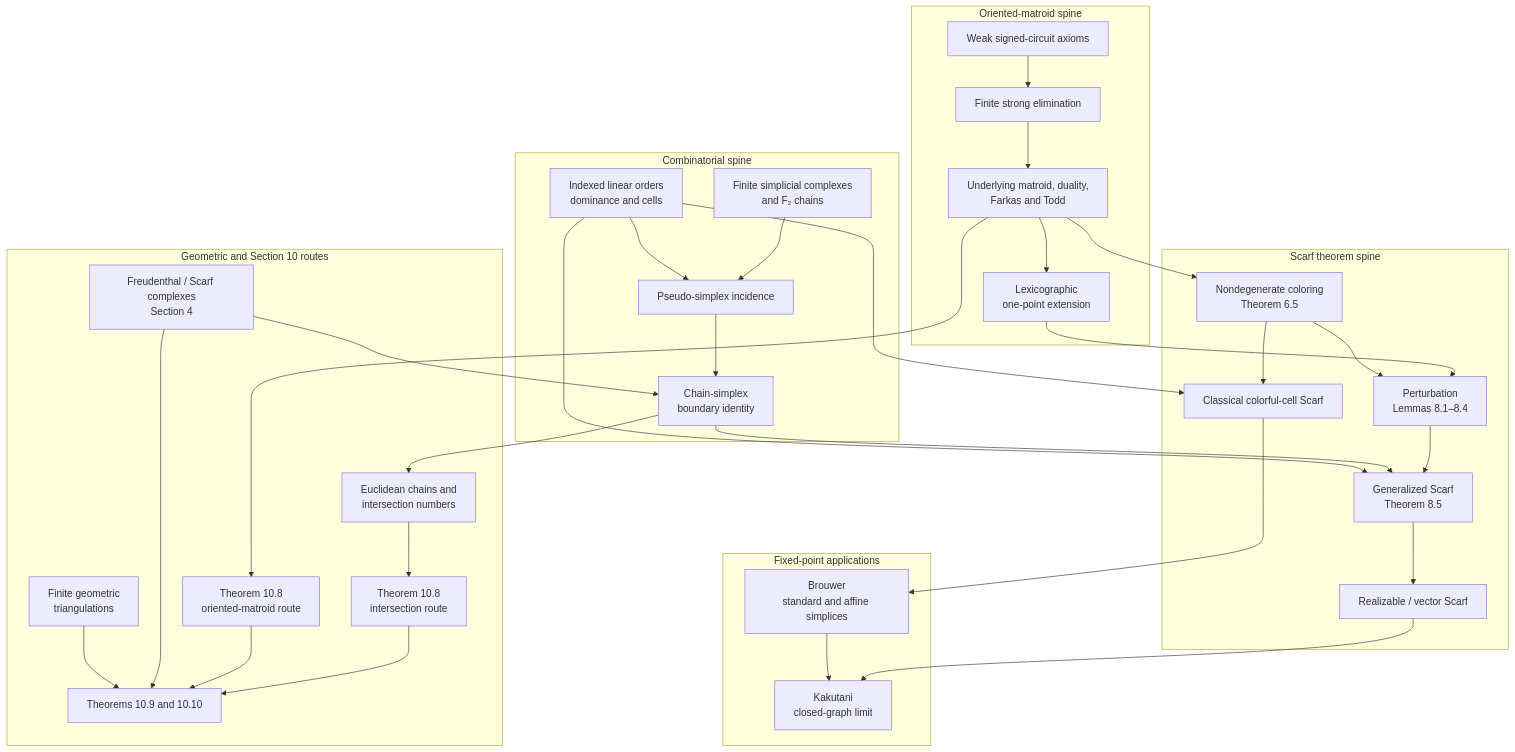
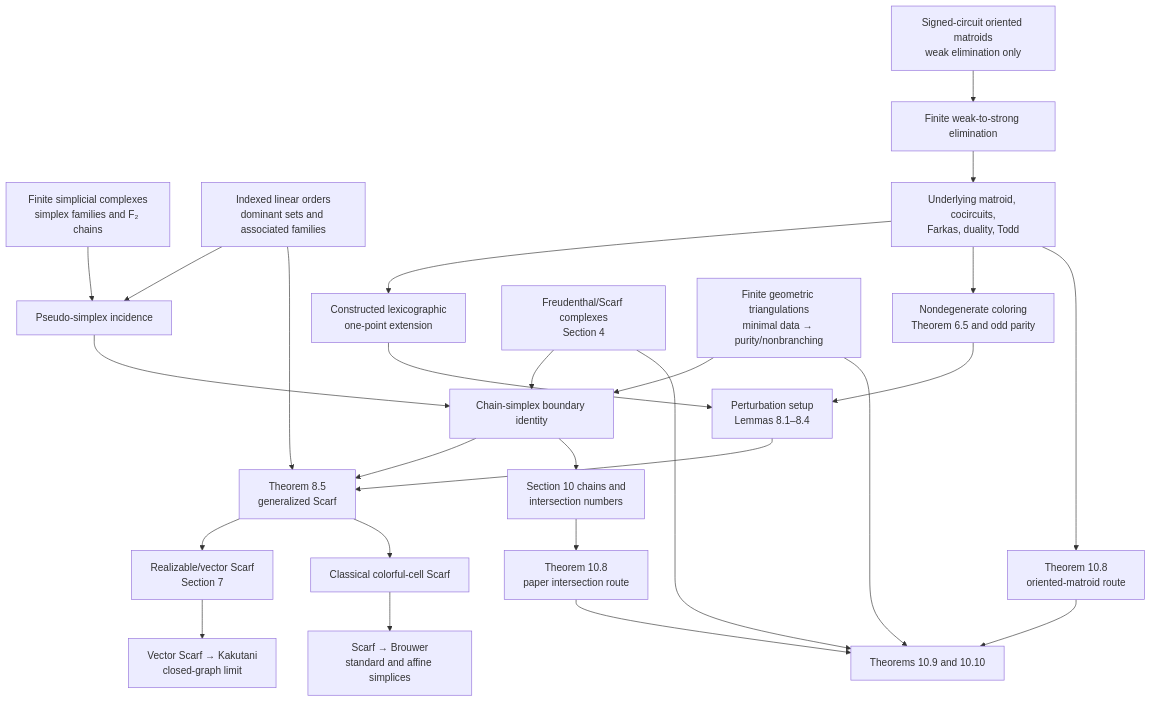
One commit to lyw-ops/General_Scarf changed the diagram in README.md. Above: the diagram before and after it, drawn with Mermaid.

Commit message:
Restyle formalization blueprint

````diff
--- a/README.md
+++ b/README.md
@@ -14,62 +14,48 @@
 ```mermaid
 flowchart TD
-    subgraph COMB["Combinatorial spine"]
-        SC["Finite simplicial complexes<br/>and F₂ chains"]
-        PS["Pseudo-simplex incidence"]
-        CS["Chain-simplex<br/>boundary identity"]
-        OR["Indexed linear orders<br/>dominance and cells"]
+    SC["Finite simplicial complexes<br/>simplex families and F₂ chains"]
+    PS["Pseudo-simplex incidence"]
+    CS["Chain-simplex boundary identity"]
+    OR["Indexed linear orders<br/>dominant sets and associated families"]
 
-        SC --> PS --> CS
-        OR --> PS
-    end
+    OM["Signed-circuit oriented matroids<br/>weak elimination only"]
+    WS["Finite weak-to-strong elimination"]
+    DU["Underlying matroid, cocircuits,<br/>Farkas, duality, Todd"]
+    LX["Constructed lexicographic<br/>one-point extension"]
 
-    subgraph OM["Oriented-matroid spine"]
-        WC["Weak signed-circuit axioms"]
-        SE["Finite strong elimination"]
-        DU["Underlying matroid, duality,<br/>Farkas and Todd"]
-        LX["Lexicographic<br/>one-point extension"]
+    ND["Nondegenerate coloring<br/>Theorem 6.5 and odd parity"]
+    PT["Perturbation setup<br/>Lemmas 8.1–8.4"]
+    GS["Theorem 8.5<br/>generalized Scarf"]
 
-        WC --> SE --> DU --> LX
-    end
+    VS["Realizable/vector Scarf<br/>Section 7"]
+    CL["Classical colorful-cell Scarf"]
+    BR["Scarf → Brouwer<br/>standard and affine simplices"]
+    KA["Vector Scarf → Kakutani<br/>closed-graph limit"]
 
-    subgraph ST["Scarf theorem spine"]
-        ND["Nondegenerate coloring<br/>Theorem 6.5"]
-        PT["Perturbation<br/>Lemmas 8.1–8.4"]
-        GS["Generalized Scarf<br/>Theorem 8.5"]
-        CL["Classical colorful-cell Scarf"]
-        VS["Realizable / vector Scarf"]
+    CH["Section 10 chains and<br/>intersection numbers"]
+    T8A["Theorem 10.8<br/>paper intersection route"]
+    T8B["Theorem 10.8<br/>oriented-matroid route"]
+    T910["Theorems 10.9 and 10.10"]
 
-        DU --> ND
-        LX --> PT
-        ND --> PT --> GS
-        CS --> GS
-        OR --> GS
-        ND --> CL
-        OR --> CL
-        GS --> VS
-    end
+    FR["Freudenthal/Scarf complexes<br/>Section 4"]
+    GT["Finite geometric triangulations<br/>minimal data → purity/nonbranching"]
 
-    subgraph FP["Fixed-point applications"]
-        BR["Brouwer<br/>standard and affine simplices"]
-        KA["Kakutani<br/>closed-graph limit"]
+    SC --> PS --> CS
+    OR --> PS
+    OM --> WS --> DU --> LX
+    DU --> ND
+    LX --> PT
+    ND --> PT --> GS
+    CS --> GS
+    OR --> GS
 
-        CL --> BR
-        VS --> KA
-        BR --> KA
-    end
+    GS --> VS --> KA
+    GS --> CL --> BR
 
-    subgraph GEO["Geometric and Section 10 routes"]
-        CH["Euclidean chains and<br/>intersection numbers"]
-        T8A["Theorem 10.8<br/>intersection route"]
-        T8B["Theorem 10.8<br/>oriented-matroid route"]
-        T910["Theorems 10.9 and 10.10"]
-        FR["Freudenthal / Scarf complexes<br/>Section 4"]
-        GT["Finite geometric<br/>triangulations"]
-
-        CS --> CH --> T8A --> T910
-        DU --> T8B --> T910
-        FR --> CS
-        FR --> T910
-        GT --> T910
-    end
+    CS --> CH --> T8A --> T910
+    DU --> T8B --> T910
+    FR --> CS
+    FR --> T910
+    GT --> CS
+    GT --> T910
 ```
````
